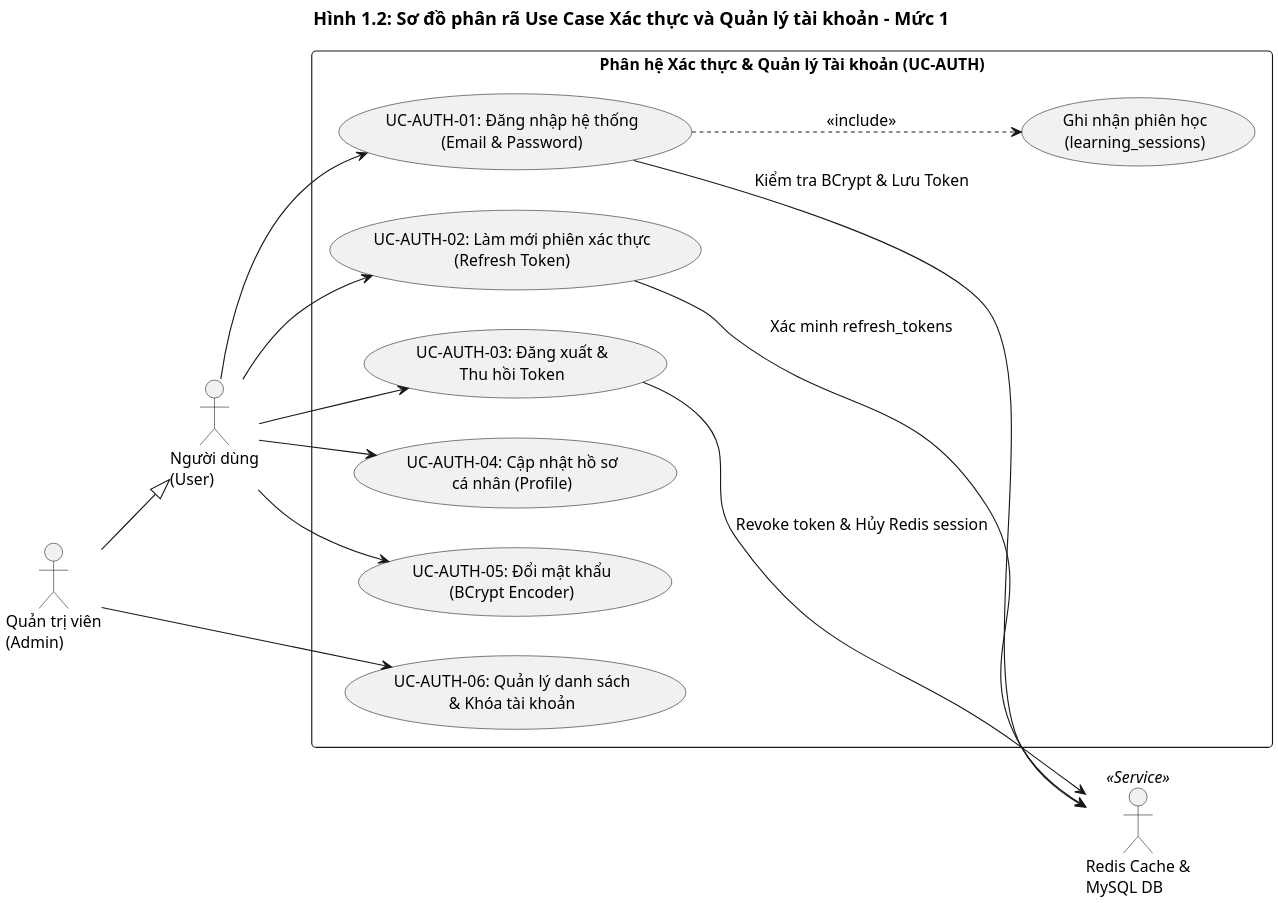
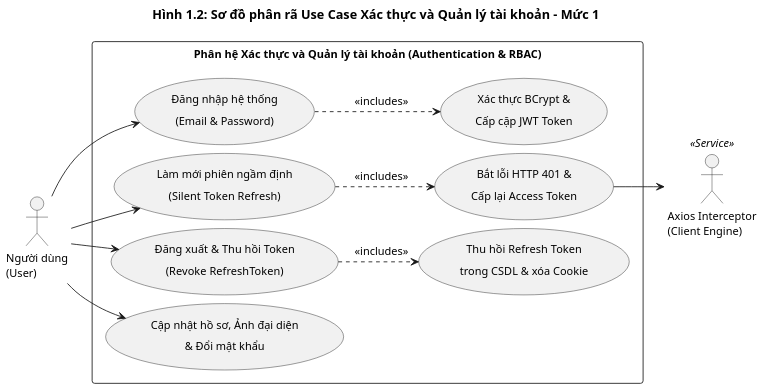
The diagram in plantuml_diagrams/Hinh_1_2_Phan_ra_UC_Xac_thuc_va_Quan_ly_tai_khoan_Muc_1.puml (TrungPham1126/englishlearning), drawn with PlantUML before and after one commit. The commit also changed 126 other files, not shown here.

```diff
--- a/plantuml_diagrams/Hinh_1_2_Phan_ra_UC_Xac_thuc_va_Quan_ly_tai_khoan_Muc_1.puml
+++ b/plantuml_diagrams/Hinh_1_2_Phan_ra_UC_Xac_thuc_va_Quan_ly_tai_khoan_Muc_1.puml
@@ -1,40 +1,42 @@
 @startuml Hinh_1_2_Phan_ra_UC_Xac_thuc_va_Quan_ly_tai_khoan_Muc_1
 title Hình 1.2: Sơ đồ phân rã Use Case Xác thực và Quản lý tài khoản - Mức 1
 left to right direction
-skinparam dpi 200
+skinparam dpi 150
 skinparam monochrome true
 skinparam shadowing false
+skinparam backgroundColor #FFFFFF
+skinparam defaultFontName Arial
+skinparam defaultFontSize 13
+skinparam titleFontSize 15
+skinparam titleFontStyle bold
+skinparam roundcorner 6
+skinparam padding 4
 skinparam packageStyle rectangle
-skinparam defaultFontName Arial
-skinparam defaultFontSize 14
-skinparam titleFontSize 16
-skinparam roundcorner 8
+skinparam nodesep 10
+skinparam ranksep 12
 
 actor "Người dùng\n(User)" as User
-actor "Quản trị viên\n(Admin)" as Admin
-actor "Redis Cache &\nMySQL DB" as DB <<Service>>
 
-rectangle "Phân hệ Xác thực & Quản lý Tài khoản (UC-AUTH)" {
-    usecase "UC-AUTH-01: Đăng nhập hệ thống\n(Email & Password)" as UC_LOGIN
-    usecase "UC-AUTH-02: Làm mới phiên xác thực\n(Refresh Token)" as UC_REFRESH
-    usecase "UC-AUTH-03: Đăng xuất &\nThu hồi Token" as UC_LOGOUT
-    usecase "UC-AUTH-04: Cập nhật hồ sơ\ncá nhân (Profile)" as UC_PROFILE
-    usecase "UC-AUTH-05: Đổi mật khẩu\n(BCrypt Encoder)" as UC_CHANGE_PW
-    usecase "UC-AUTH-06: Quản lý danh sách\n& Khóa tài khoản" as UC_MANAGE_USERS
-    usecase "Ghi nhận phiên học\n(learning_sessions)" as UC_SESSION
+rectangle "Phân hệ Xác thực và Quản lý tài khoản (Authentication & RBAC)" {
+    usecase "Đăng nhập hệ thống\n(Email & Password)" as UC_LOGIN
+    usecase "Làm mới phiên ngầm định\n(Silent Token Refresh)" as UC_REFRESH
+    usecase "Đăng xuất & Thu hồi Token\n(Revoke RefreshToken)" as UC_LOGOUT
+    usecase "Cập nhật hồ sơ, Ảnh đại diện\n& Đổi mật khẩu" as UC_PROFILE
+
+    usecase "Xác thực BCrypt &\nCấp cặp JWT Token" as UC_BCRYPT
+    usecase "Bắt lỗi HTTP 401 &\nCấp lại Access Token" as UC_INTERCEPT
+    usecase "Thu hồi Refresh Token\ntrong CSDL & xóa Cookie" as UC_REVOKE
 }
+
+actor "Axios Interceptor\n(Client Engine)" as Axios <<Service>>
 
 User --> UC_LOGIN
 User --> UC_REFRESH
 User --> UC_LOGOUT
 User --> UC_PROFILE
-User --> UC_CHANGE_PW
 
-Admin --> UC_MANAGE_USERS
-Admin --|> User
-
-UC_LOGIN ..> UC_SESSION : <<include>>
-UC_LOGIN --> DB : Kiểm tra BCrypt & Lưu Token
-UC_REFRESH --> DB : Xác minh refresh_tokens
-UC_LOGOUT --> DB : Revoke token & Hủy Redis session
+UC_LOGIN ..> UC_BCRYPT : <<includes>>
+UC_REFRESH ..> UC_INTERCEPT : <<includes>>
+UC_LOGOUT ..> UC_REVOKE : <<includes>>
+UC_INTERCEPT --> Axios
 @enduml
```
